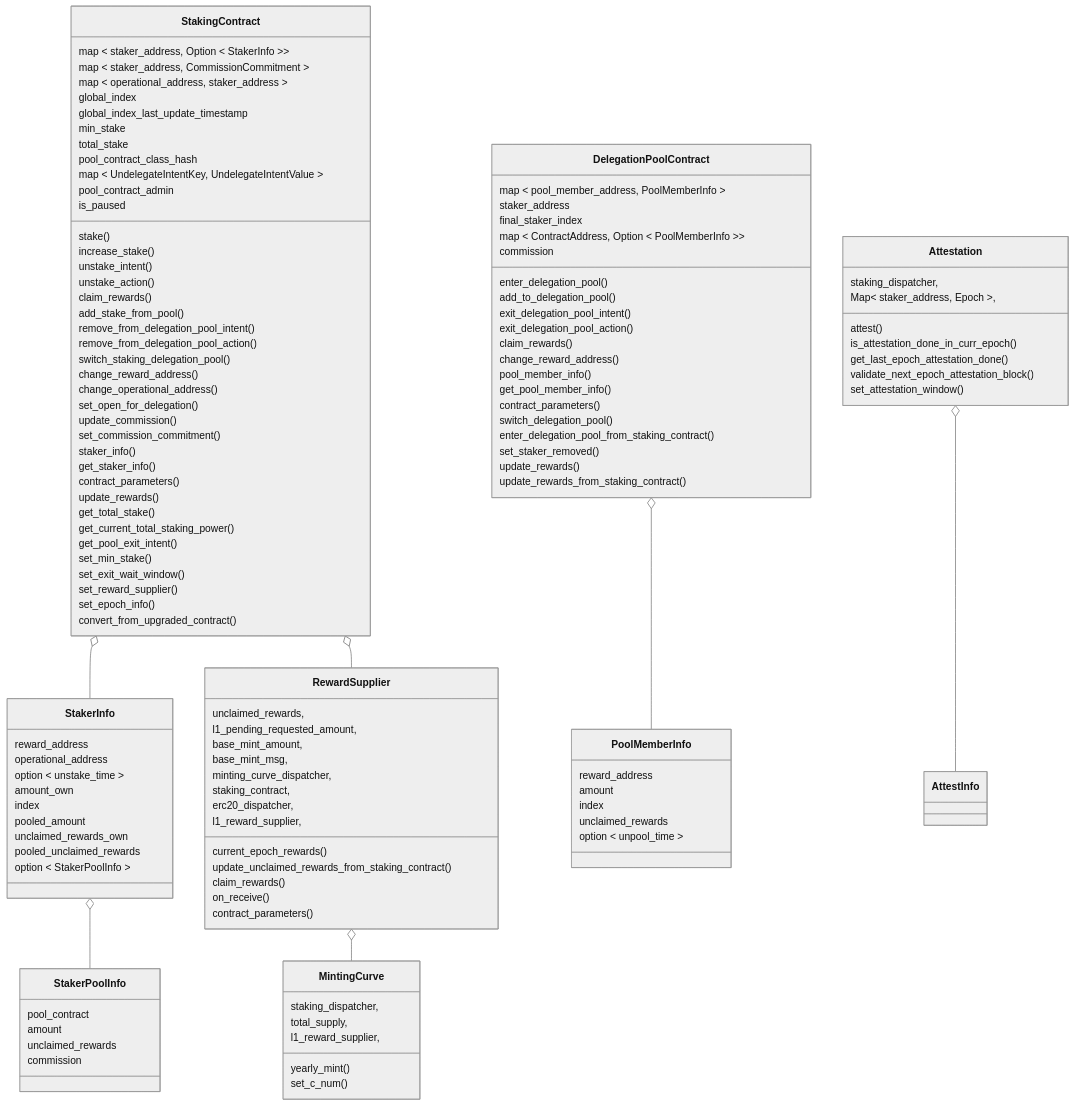
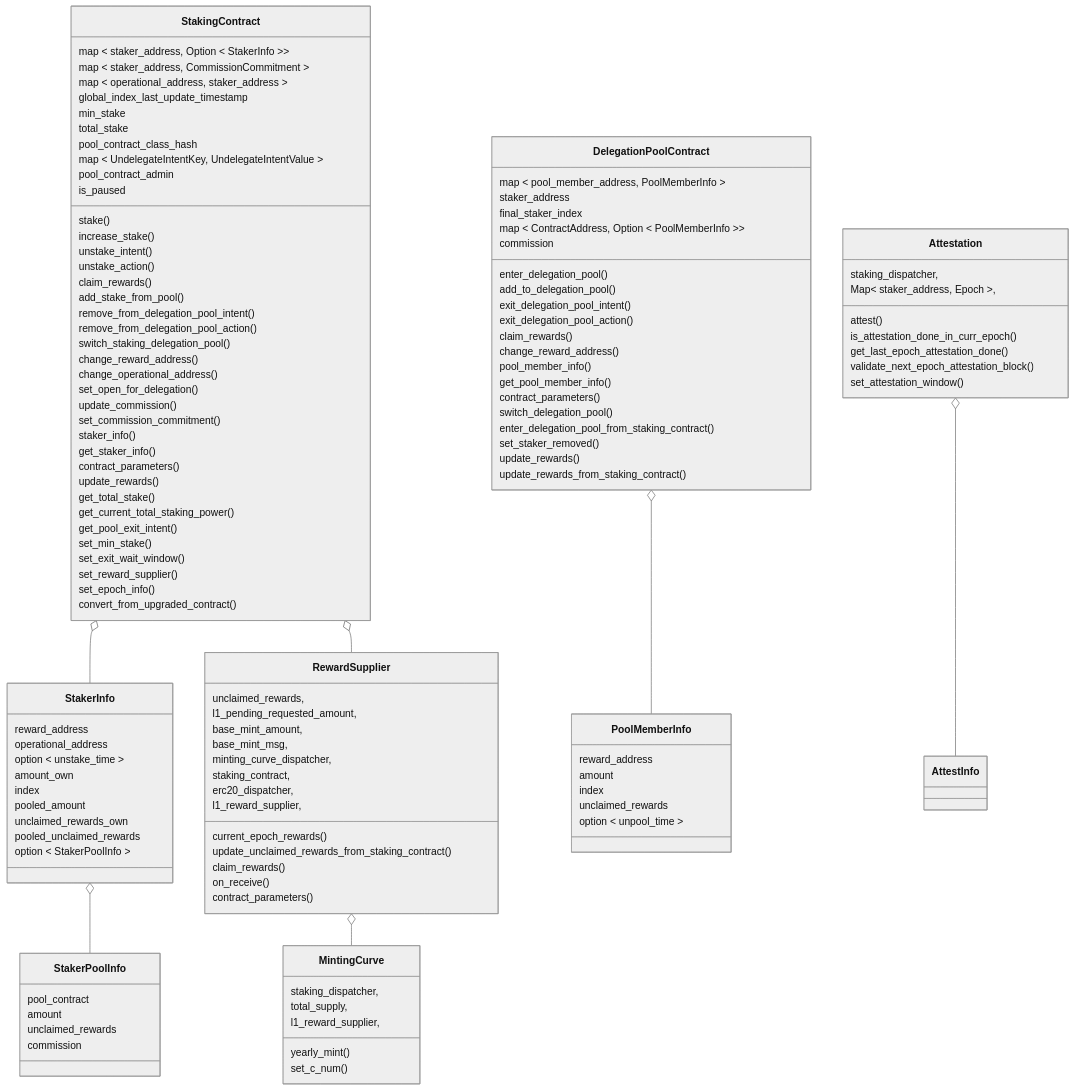
The first of 8 diagrams in workspace/apps/staking/docs/spec.md (starkware-libs/starknet-staking), drawn with Mermaid (neutral theme) before and after one commit. The commit also changed 3 other files, not shown here.

Commit message:
feat(staking): deprecate global index (#3624)

```diff
--- a/workspace/apps/staking/docs/spec.md
+++ b/workspace/apps/staking/docs/spec.md
@@ -204,7 +204,6 @@
     map < staker_address, Option < StakerInfo >>
     map < staker_address, CommissionCommitment >
     map < operational_address, staker_address >
-    global_index
     global_index_last_update_timestamp
     min_stake
     total_stake
```
